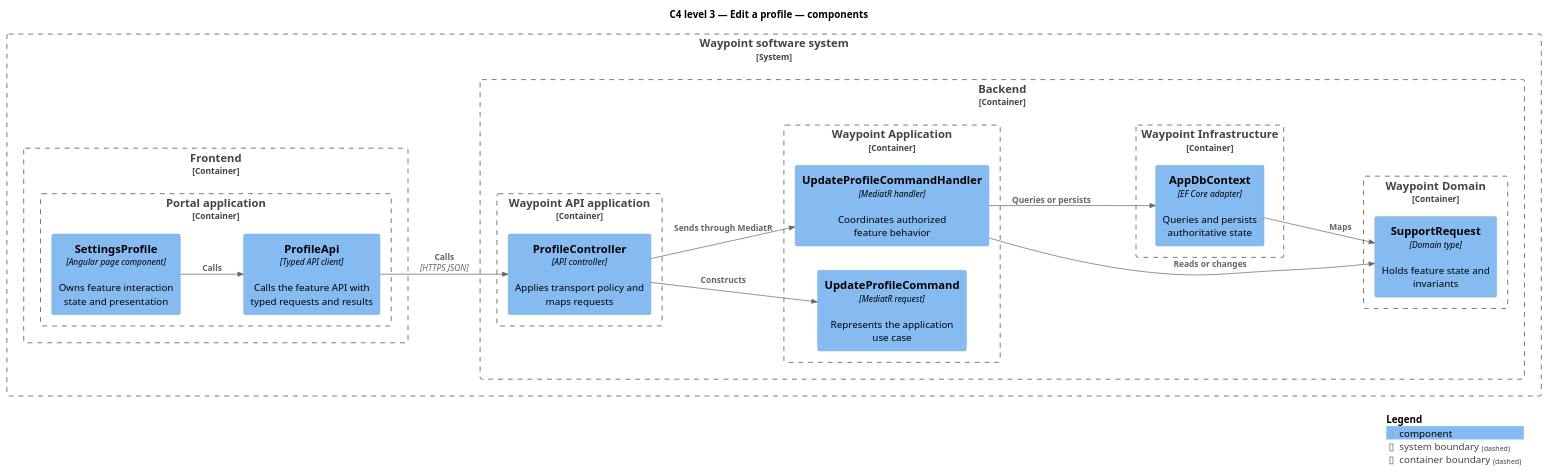
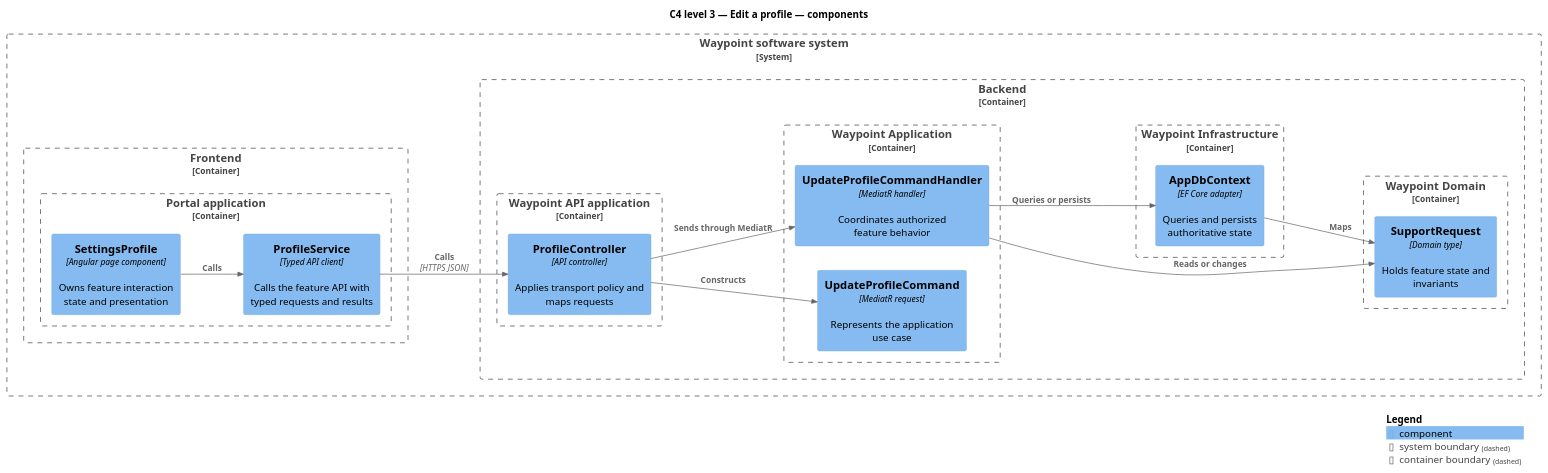
One commit to QuinntyneBrown/waypoint changed the diagram in docs/detailed-designs/platform-services/edit-profile/diagrams/c4-component.puml. Above: the diagram before and after it, drawn with PlantUML. The commit also changed 679 other files, not shown here.

First line of the commit message:
Rename frontend API services from *Api to *Service

```diff
--- a/docs/detailed-designs/platform-services/edit-profile/diagrams/c4-component.puml
+++ b/docs/detailed-designs/platform-services/edit-profile/diagrams/c4-component.puml
@@ -1,36 +1,36 @@
 @startuml
 !include <C4/C4_Component>
 LAYOUT_LEFT_RIGHT()
 title C4 level 3 — Edit a profile — components
 System_Boundary(waypoint, "Waypoint software system") {
   Container_Boundary(frontend, "Frontend") {
     Container_Boundary(frontend_app, "Portal application") {
       Component(page, "SettingsProfile", "Angular page component", "Owns feature interaction state and presentation")
-      Component(client, "ProfileApi", "Typed API client", "Calls the feature API with typed requests and results")
+      Component(client, "ProfileService", "Typed API client", "Calls the feature API with typed requests and results")
     }
   }
   Container_Boundary(backend, "Backend") {
     Container_Boundary(api_app, "Waypoint API application") {
       Component(controller, "ProfileController", "API controller", "Applies transport policy and maps requests")
     }
     Container_Boundary(application, "Waypoint Application") {
       Component(request, "UpdateProfileCommand", "MediatR request", "Represents the application use case")
       Component(handler, "UpdateProfileCommandHandler", "MediatR handler", "Coordinates authorized feature behavior")
     }
     Container_Boundary(domain, "Waypoint Domain") {
       Component(entity, "SupportRequest", "Domain type", "Holds feature state and invariants")
     }
     Container_Boundary(infrastructure, "Waypoint Infrastructure") {
       Component(persistence, "AppDbContext", "EF Core adapter", "Queries and persists authoritative state")
     }
   }
 }
 Rel(page, client, "Calls")
 Rel(client, controller, "Calls", "HTTPS JSON")
 Rel(controller, request, "Constructs")
 Rel(controller, handler, "Sends through MediatR")
 Rel(handler, entity, "Reads or changes")
 Rel(handler, persistence, "Queries or persists")
 Rel(persistence, entity, "Maps")
 SHOW_LEGEND()
 @enduml
```
